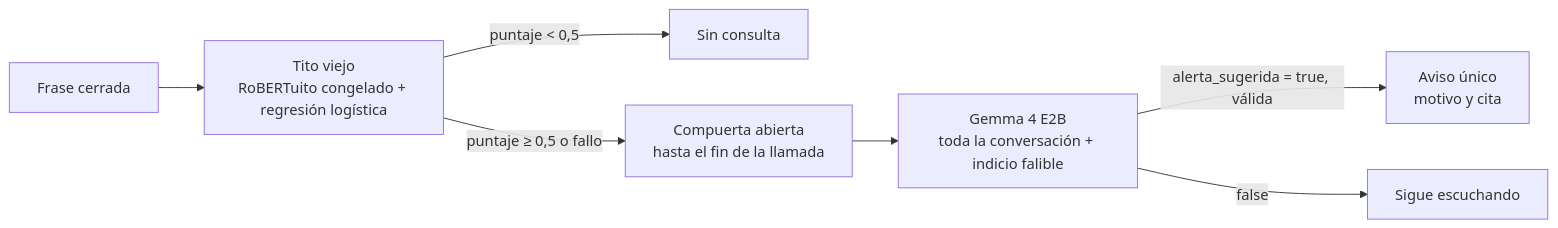
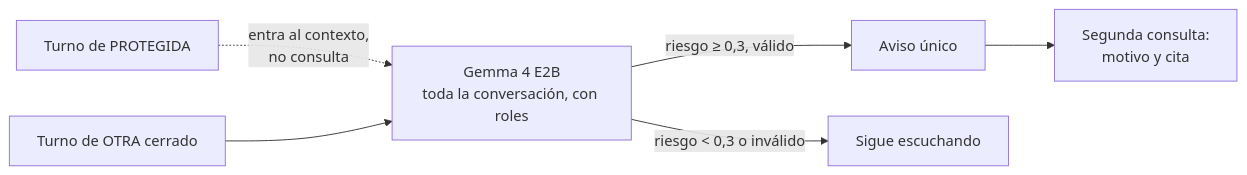
The second of 2 diagrams in docs/tesis/CAP-05-DISENO-Y-ARQUITECTURA.md (Corchets/bitacora_tesis), drawn with Mermaid before and after one commit. The commit also changed other lines of this file and 19 other files, not shown here.

````diff
--- a/docs/tesis/CAP-05-DISENO-Y-ARQUITECTURA.md
+++ b/docs/tesis/CAP-05-DISENO-Y-ARQUITECTURA.md
@@ -177,9 +177,8 @@
 ```mermaid
 flowchart LR
-    F["Frase cerrada"] --> T["Tito viejo<br/>RoBERTuito congelado + regresión logística"]
-    T -->|"puntaje < 0,5"| S["Sin consulta"]
-    T -->|"puntaje ≥ 0,5 o fallo"| A["Compuerta abierta<br/>hasta el fin de la llamada"]
-    A --> G["Gemma 4 E2B<br/>toda la conversación + indicio falible"]
-    G -->|"alerta_sugerida = true, válida"| V["Aviso único<br/>motivo y cita"]
-    G -->|"false"| E["Sigue escuchando"]
+    P["Turno de PROTEGIDA"] -.->|"entra al contexto,<br/>no consulta"| G
+    F["Turno de OTRA cerrado"] --> G["Gemma 4 E2B<br/>toda la conversación, con roles"]
+    G -->|"riesgo ≥ 0,3, válido"| V["Aviso único"]
+    V --> M["Segunda consulta:<br/>motivo y cita"]
+    G -->|"riesgo < 0,3 o inválido"| E["Sigue escuchando"]
 ```
````
